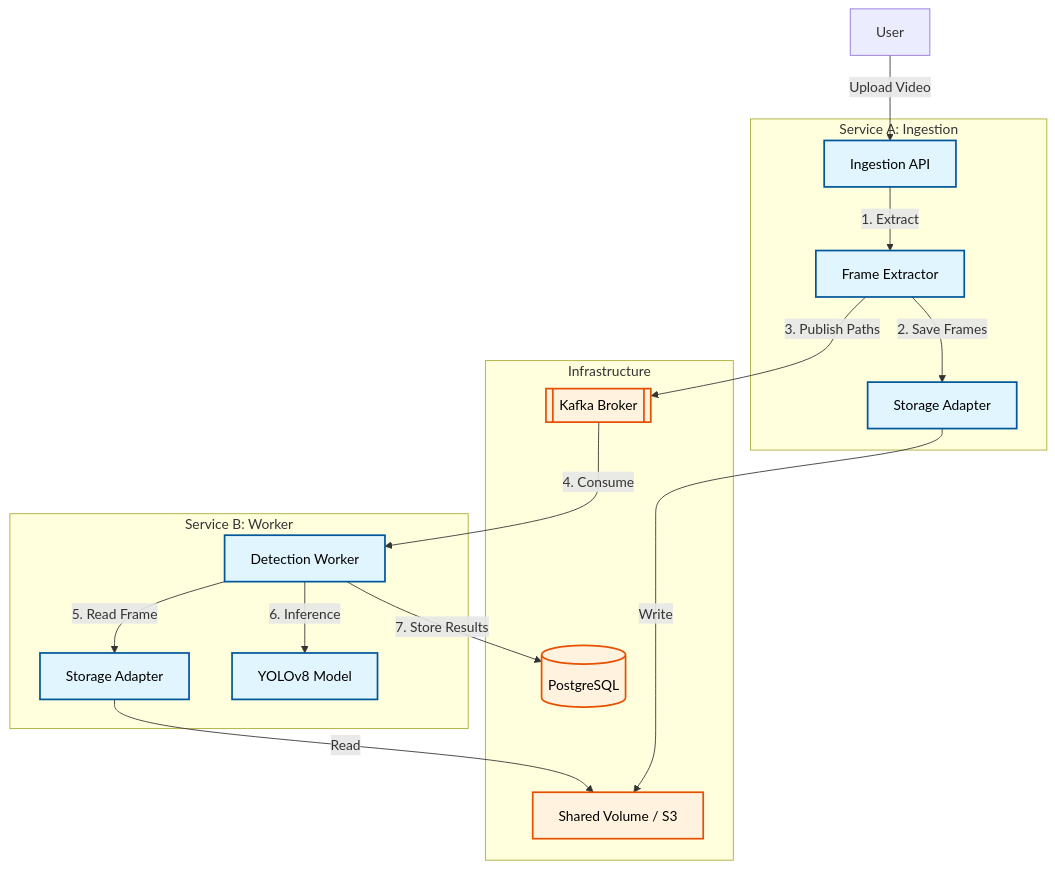
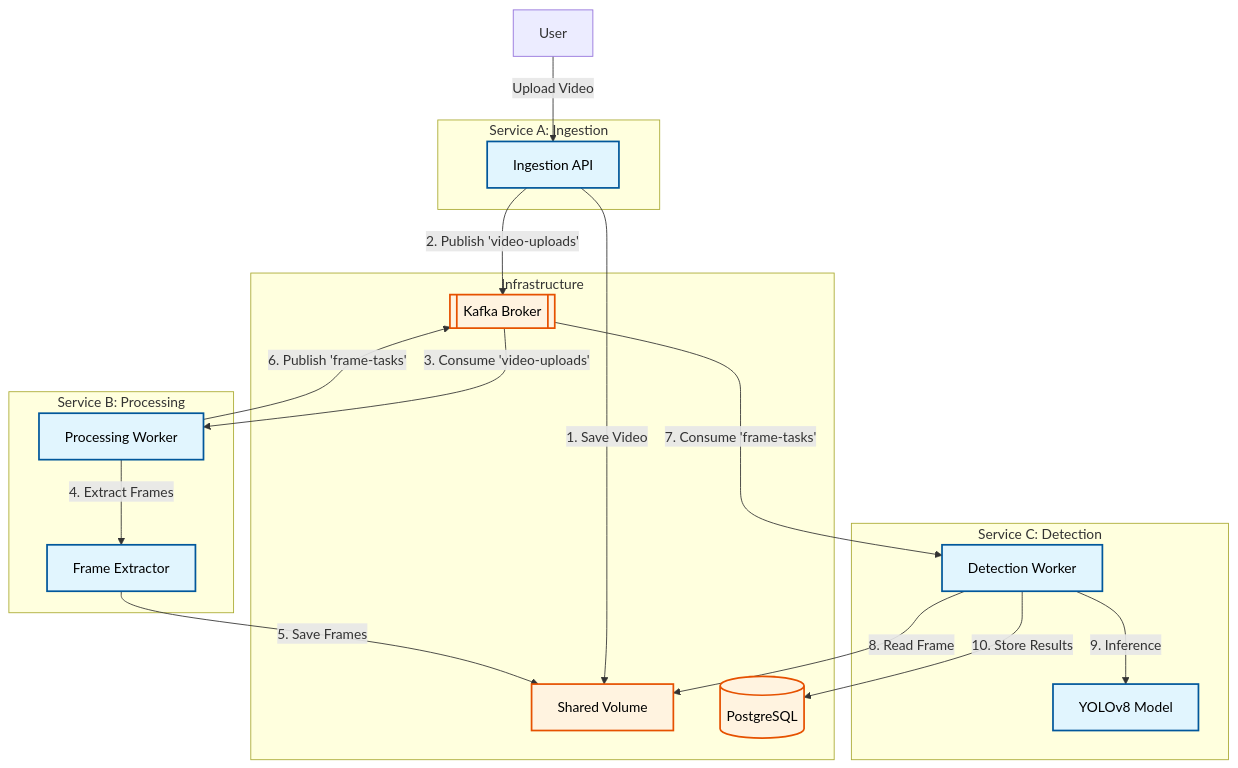
Before and after one commit to NoamB/video-object-detector: the diagram in ARCHITECTURE.md, drawn with Mermaid. The commit also changed other lines of this file and 9 other files, not shown here.

Commit message:
Adding processing service

````diff
--- a/ARCHITECTURE.md
+++ b/ARCHITECTURE.md
@@ -13,38 +13,42 @@
 ```mermaid
 graph TD
     %% Styling for readability via high contrast
     classDef service fill:#e1f5fe,stroke:#01579b,stroke-width:2px,color:#000;
     classDef storage fill:#fff3e0,stroke:#e65100,stroke-width:2px,color:#000;
     
-    User[User] -- Upload Video --> API
+    User[User] -- Upload Video --> Ingestion
     
     subgraph "Service A: Ingestion"
-        API[Ingestion API]:::service
-        Extractor[Frame Extractor]:::service
-        AdapterA[Storage Adapter]:::service
+        Ingestion[Ingestion API]:::service
     end
 
-    subgraph "Service B: Worker"
-        Worker[Detection Worker]:::service
-        AdapterB[Storage Adapter]:::service
+    subgraph "Service B: Processing"
+        Processing[Processing Worker]:::service
+        Extractor[Frame Extractor]:::service
+    end
+
+    subgraph "Service C: Detection"
+        Detection[Detection Worker]:::service
         Model[YOLOv8 Model]:::service
     end
 
     subgraph "Infrastructure"
-        Vol[Shared Volume / S3]:::storage
+        Vol[Shared Volume]:::storage
         Kafka[[Kafka Broker]]:::storage
         DB[(PostgreSQL)]:::storage
     end
 
     %% Flows
-    API -- 1. Extract --> Extractor
-    Extractor -- 2. Save Frames --> AdapterA
-    AdapterA -- Write --> Vol
-    Extractor -- 3. Publish Paths --> Kafka
+    Ingestion -- 1. Save Video --> Vol
+    Ingestion -- 2. Publish 'video-uploads' --> Kafka
     
-    Kafka -- 4. Consume --> Worker
-    Worker -- 5. Read Frame --> AdapterB
-    AdapterB -- Read --> Vol
-    Worker -- 6. Inference --> Model
-    Worker -- 7. Store Results --> DB
+    Kafka -- 3. Consume 'video-uploads' --> Processing
+    Processing -- 4. Extract Frames --> Extractor
+    Extractor -- 5. Save Frames --> Vol
+    Processing -- 6. Publish 'frame-tasks' --> Kafka
+    
+    Kafka -- 7. Consume 'frame-tasks' --> Detection
+    Detection -- 8. Read Frame --> Vol
+    Detection -- 9. Inference --> Model
+    Detection -- 10. Store Results --> DB
 ```
````
